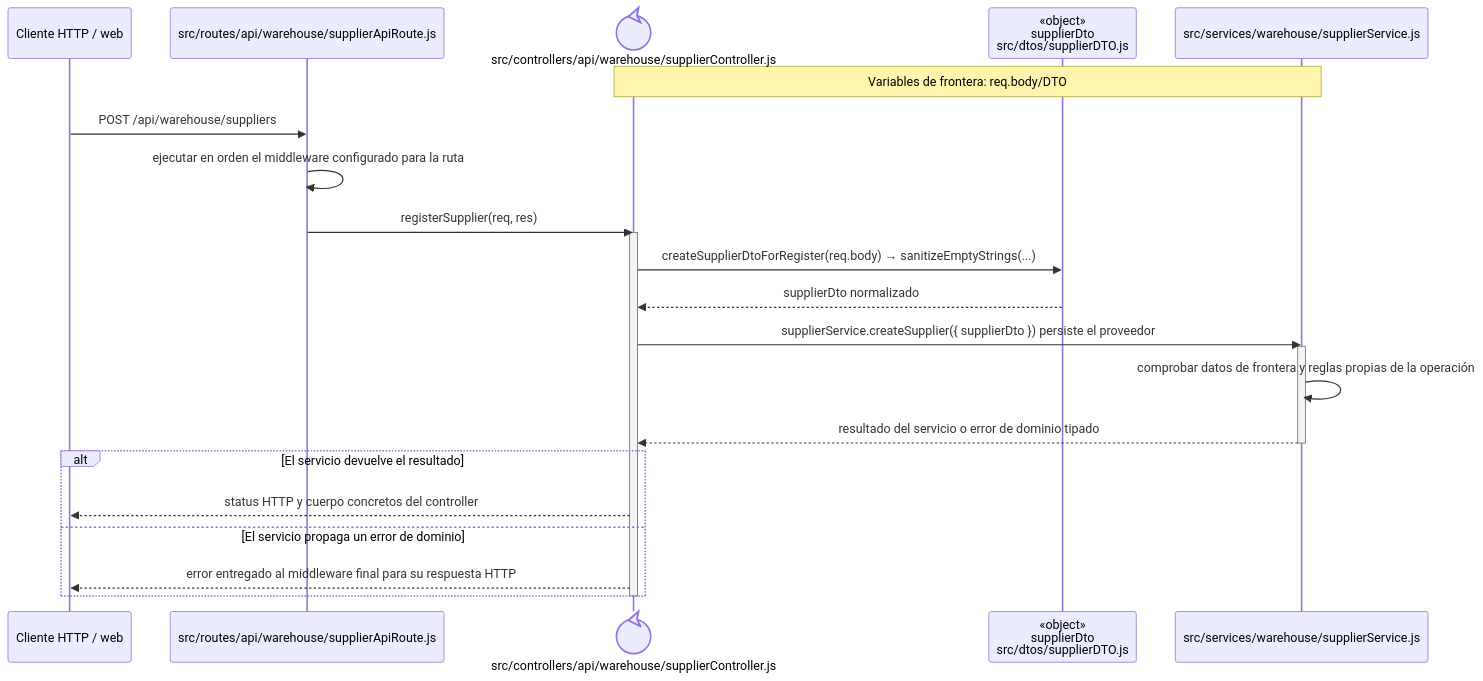
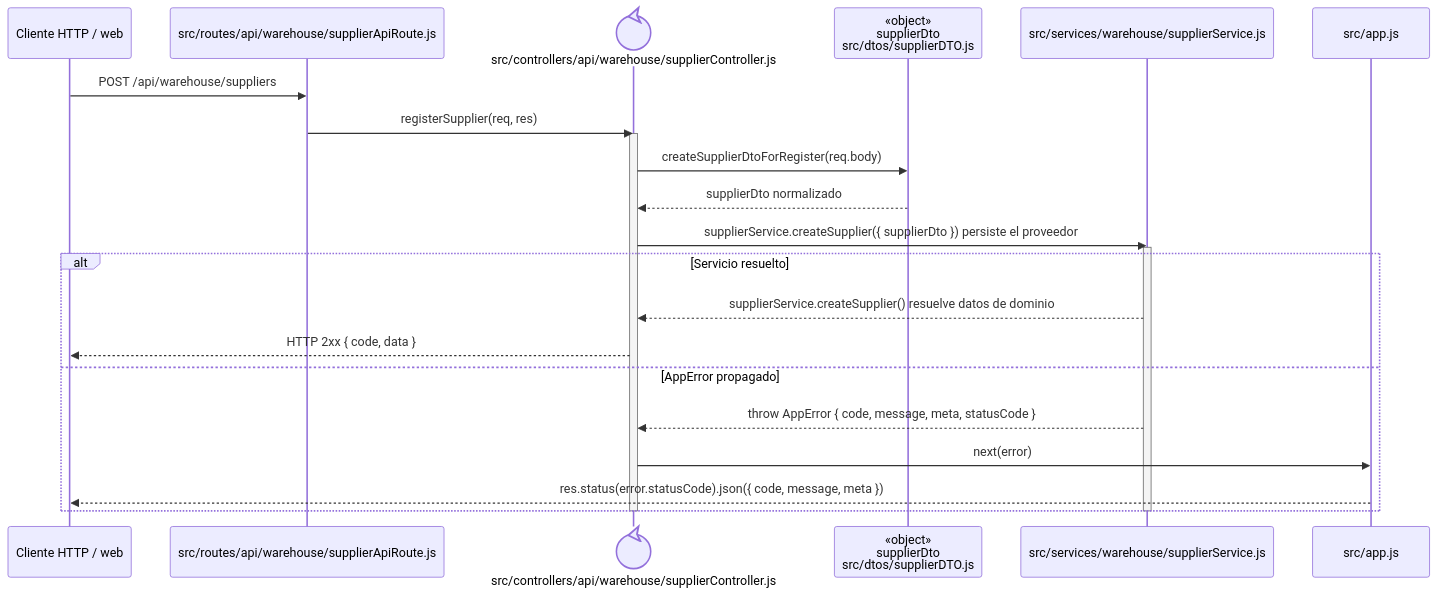
The diagram in docs/architecture/backend-code-sequences/catalogs/cu-cat-02.md (gpgsistemas01/nexus), drawn with Mermaid before and after one commit. The commit also changed 148 other files, not shown here.

````diff
--- a/docs/architecture/backend-code-sequences/catalogs/cu-cat-02.md
+++ b/docs/architecture/backend-code-sequences/catalogs/cu-cat-02.md
@@ -6,27 +6,27 @@
 ```mermaid
 sequenceDiagram
     participant Client as Cliente HTTP / web
     participant Route as src/routes/api/warehouse/supplierApiRoute.js
     participant Controller@{ "type": "control" } as src/controllers/api/warehouse/supplierController.js
     participant SupplierDto as «object»<br/>supplierDto<br/>src/dtos/supplierDTO.js
     participant Domain as src/services/warehouse/supplierService.js
-    Note over Controller,Domain: Variables de frontera: req.body/DTO
+    participant ErrorHandler as src/app.js
 
     Client->>Route: POST /api/warehouse/suppliers
-    Route->>Route: ejecutar en orden el middleware configurado para la ruta
     Route->>Controller: registerSupplier(req, res)
     activate Controller
-    Controller->>SupplierDto: createSupplierDtoForRegister(req.body) → sanitizeEmptyStrings(...)
+    Controller->>SupplierDto: createSupplierDtoForRegister(req.body)
     SupplierDto-->>Controller: supplierDto normalizado
     Controller->>Domain: supplierService.createSupplier({ supplierDto }) persiste el proveedor
     activate Domain
-    Domain->>Domain: comprobar datos de frontera y reglas propias de la operación
-    Domain-->>Controller: resultado del servicio o error de dominio tipado
+    alt Servicio resuelto
+        Domain-->>Controller: supplierService.createSupplier() resuelve datos de dominio
+        Controller-->>Client: HTTP 2xx { code, data }
+    else AppError propagado
+        Domain-->>Controller: throw AppError { code, message, meta, statusCode }
+        Controller->>ErrorHandler: next(error)
+        ErrorHandler-->>Client: res.status(error.statusCode).json({ code, message, meta })
+    end
     deactivate Domain
-    alt El servicio devuelve el resultado
-        Controller-->>Client: status HTTP y cuerpo concretos del controller
-    else El servicio propaga un error de dominio
-        Controller-->>Client: error entregado al middleware final para su respuesta HTTP
-    end
     deactivate Controller
 ```
````
